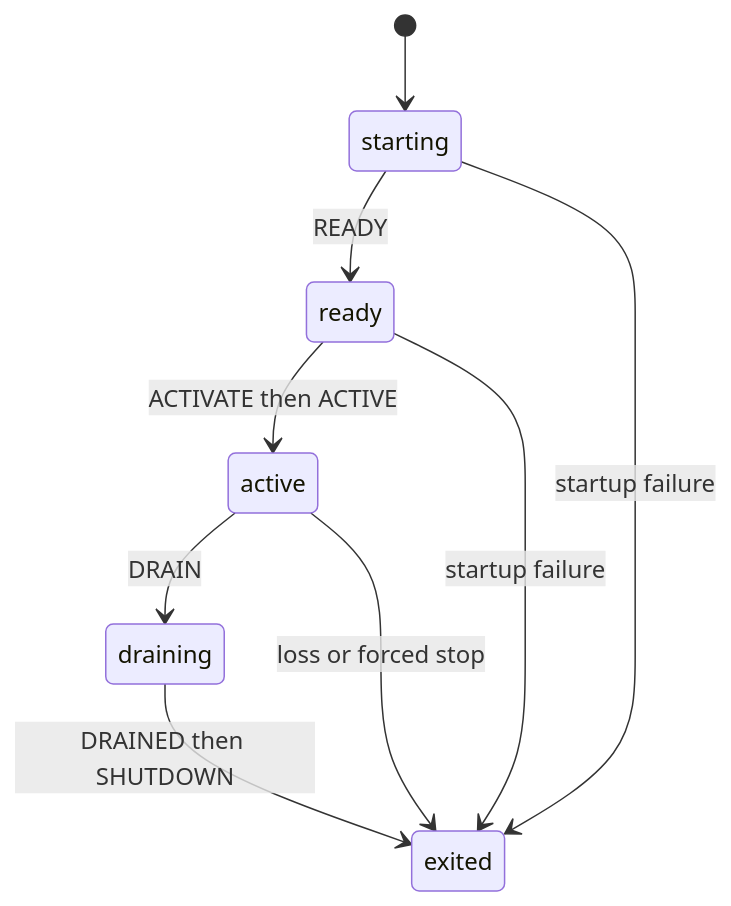
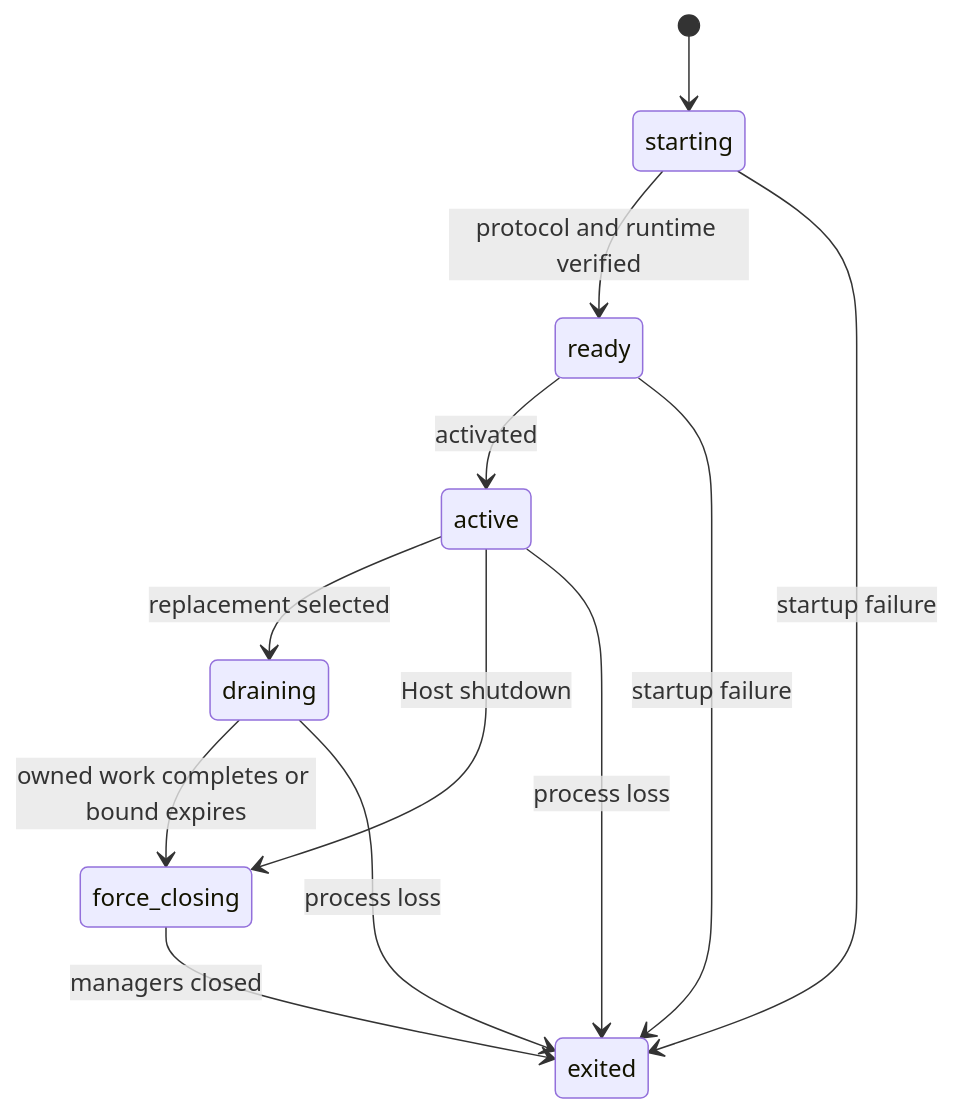
One commit to LTThreeComma/agent-foundation changed the third of 4 diagrams in spec/agent-ui/05-runtime-subagents-and-surfaces.md. Above: the diagram before and after it, drawn with Mermaid. The commit also changed other lines of this file and 104 other files, not shown here.

````diff
--- a/spec/agent-ui/05-runtime-subagents-and-surfaces.md
+++ b/spec/agent-ui/05-runtime-subagents-and-surfaces.md
@@ -78,11 +111,14 @@
 ```mermaid
 stateDiagram-v2
     [*] --> starting
-    starting --> ready: READY
-    ready --> active: ACTIVATE then ACTIVE
-    active --> draining: DRAIN
-    draining --> exited: DRAINED then SHUTDOWN
+    starting --> ready: protocol and runtime verified
+    ready --> active: activated
+    active --> draining: replacement selected
+    draining --> force_closing: owned work completes or bound expires
+    active --> force_closing: Host shutdown
+    force_closing --> exited: managers closed
     starting --> exited: startup failure
     ready --> exited: startup failure
-    active --> exited: loss or forced stop
+    active --> exited: process loss
+    draining --> exited: process loss
 ```
````
